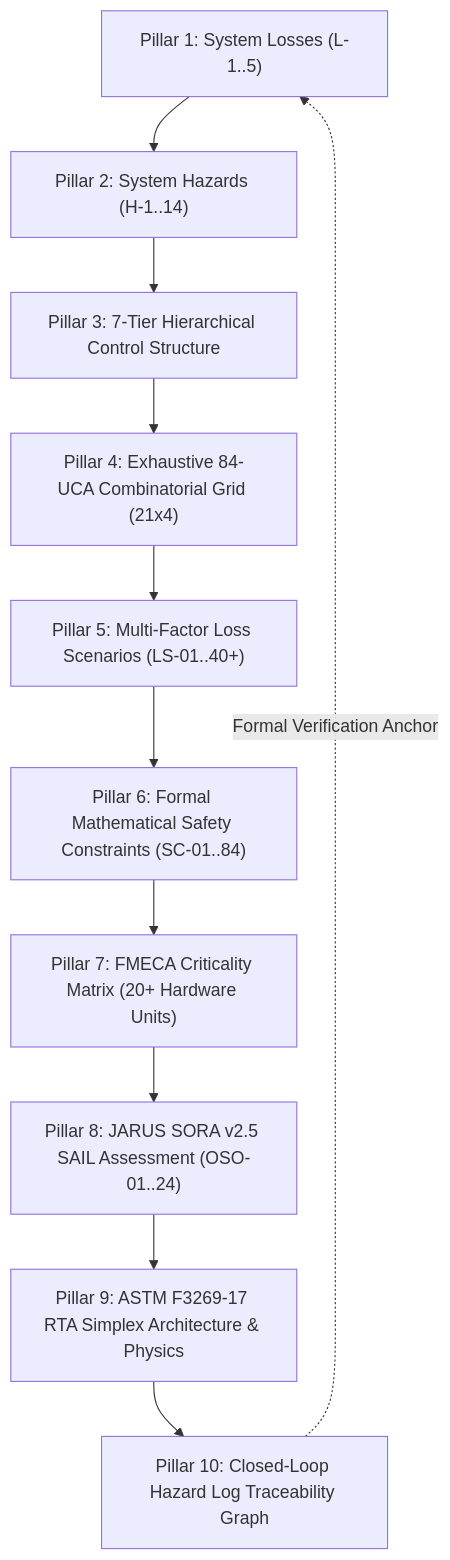
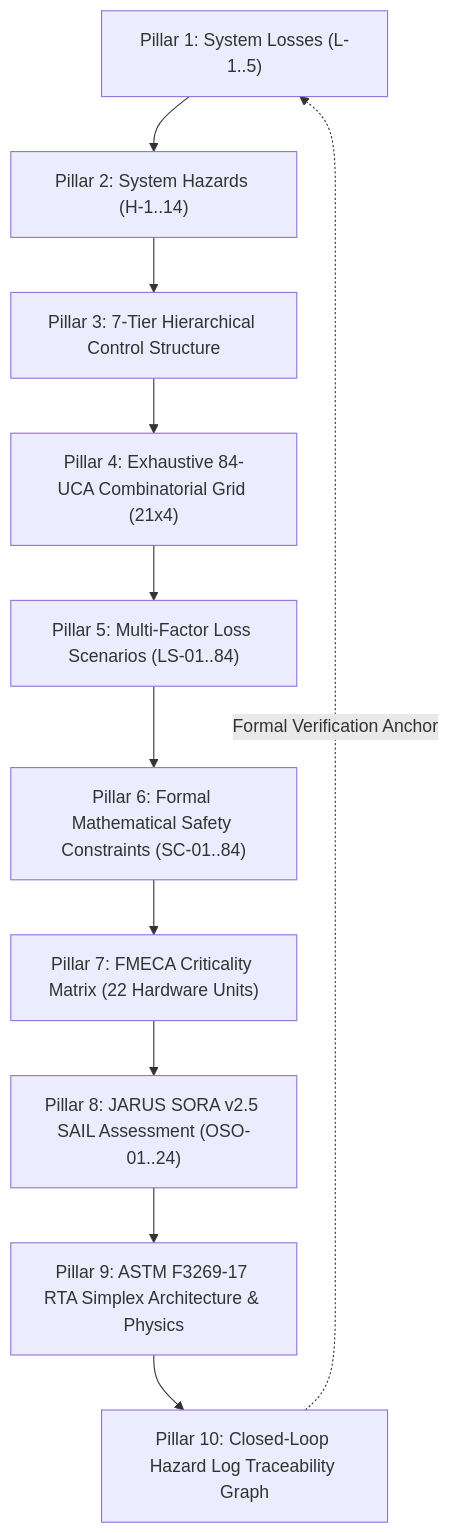
The third of 11 diagrams in docs/architecture/blueprints/DEAP_DETERMINISTIC_SAFETY_SPECIFICATION_COMPILER_BLUEPRINT.md (gintatkinson/DEAP01-spec-core), drawn with Mermaid before and after one commit. The commit also changed other lines of this file, not shown here.

Commit message:
docs(architecture): expand master blueprint with 10-theorem proof suite and 200-UCA taxonomy (DEAP-BLUEPRINT-SAFETY-004)

````diff
--- a/docs/architecture/blueprints/DEAP_DETERMINISTIC_SAFETY_SPECIFICATION_COMPILER_BLUEPRINT.md
+++ b/docs/architecture/blueprints/DEAP_DETERMINISTIC_SAFETY_SPECIFICATION_COMPILER_BLUEPRINT.md
@@ -92,14 +162,14 @@
 ```mermaid
 flowchart TD
     P1["Pillar 1: System Losses (L-1..5)"] --> P2["Pillar 2: System Hazards (H-1..14)"]
     P2 --> P3["Pillar 3: 7-Tier Hierarchical Control Structure"]
     P3 --> P4["Pillar 4: Exhaustive 84-UCA Combinatorial Grid (21x4)"]
-    P4 --> P5["Pillar 5: Multi-Factor Loss Scenarios (LS-01..40+)"]
+    P4 --> P5["Pillar 5: Multi-Factor Loss Scenarios (LS-01..84)"]
     P5 --> P6["Pillar 6: Formal Mathematical Safety Constraints (SC-01..84)"]
-    P6 --> P7["Pillar 7: FMECA Criticality Matrix (20+ Hardware Units)"]
+    P6 --> P7["Pillar 7: FMECA Criticality Matrix (22 Hardware Units)"]
     P7 --> P8["Pillar 8: JARUS SORA v2.5 SAIL Assessment (OSO-01..24)"]
     P8 --> P9["Pillar 9: ASTM F3269-17 RTA Simplex Architecture & Physics"]
     P9 --> P10["Pillar 10: Closed-Loop Hazard Log Traceability Graph"]
 
     P10 -.->|"Formal Verification Anchor"| P1
 ```
````
